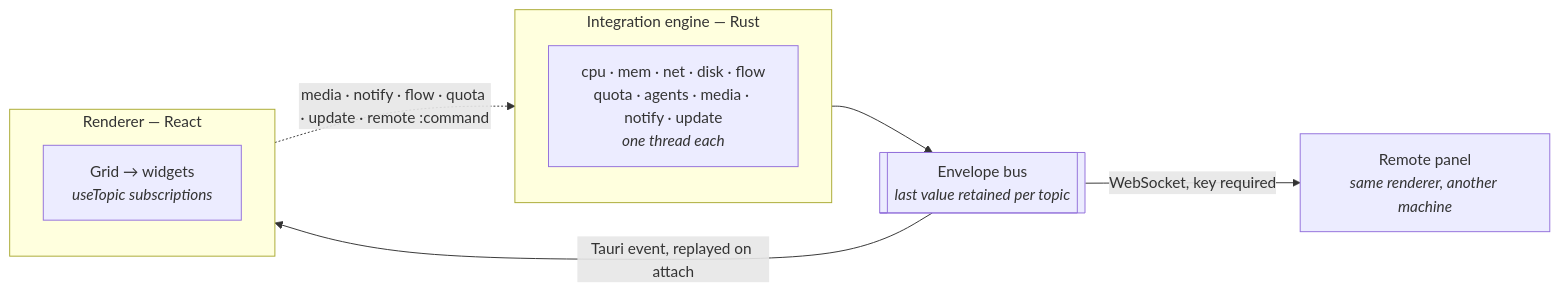
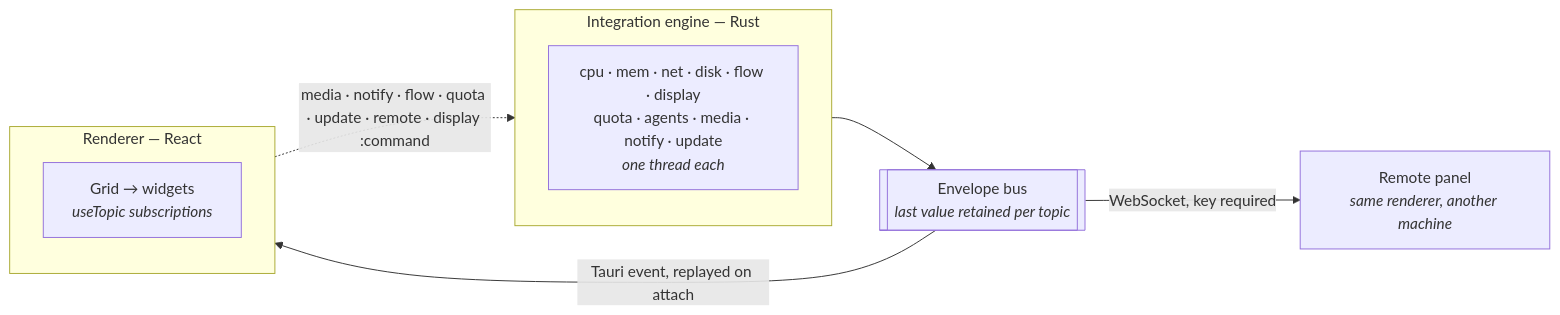
One commit to Purukitto/kehai changed the diagram in README.md. Above: the diagram before and after it, drawn with Mermaid. The commit also changed other lines of this file and 16 other files, not shown here.

````diff
--- a/README.md
+++ b/README.md
@@ -290,19 +302,19 @@
 ```mermaid
 flowchart LR
     subgraph engine["Integration engine — Rust"]
         direction TB
-        P["cpu · mem · net · disk · flow<br/>quota · agents · media · notify · update<br/><i>one thread each</i>"]
+        P["cpu · mem · net · disk · flow · display<br/>quota · agents · media · notify · update<br/><i>one thread each</i>"]
     end
 
     BUS[["Envelope bus<br/><i>last value retained per topic</i>"]]
 
     subgraph renderer["Renderer — React"]
         direction TB
         W["Grid → widgets<br/><i>useTopic subscriptions</i>"]
     end
 
     P --> BUS
     BUS -- "Tauri event, replayed on attach" --> W
-    W -. "media · notify · flow · quota · update · remote :command" .-> P
+    W -. "media · notify · flow · quota · update · remote · display :command" .-> P
     BUS -- "WebSocket, key required" --> RP["Remote panel<br/><i>same renderer, another machine</i>"]
 ```
````
